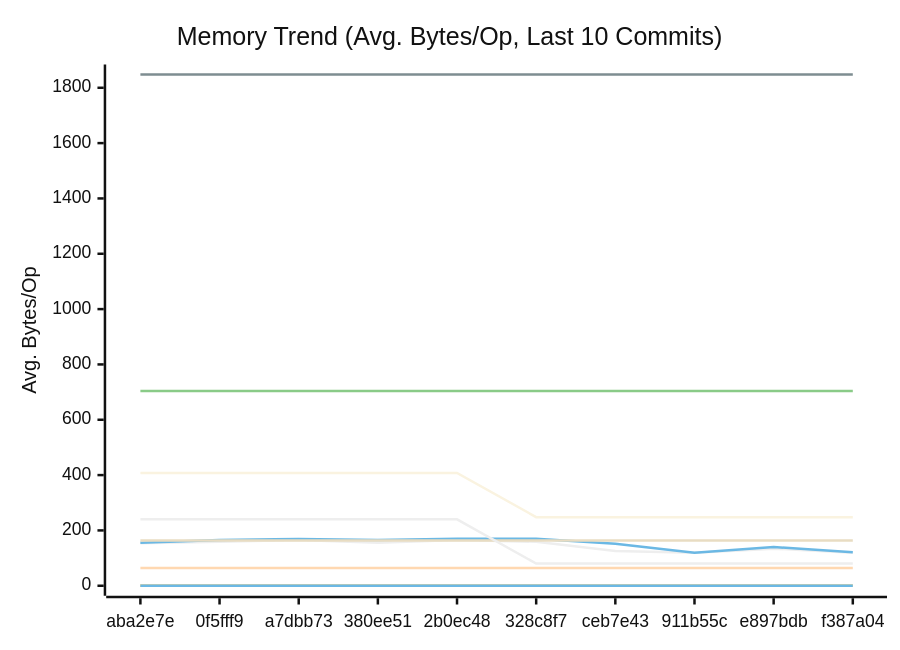
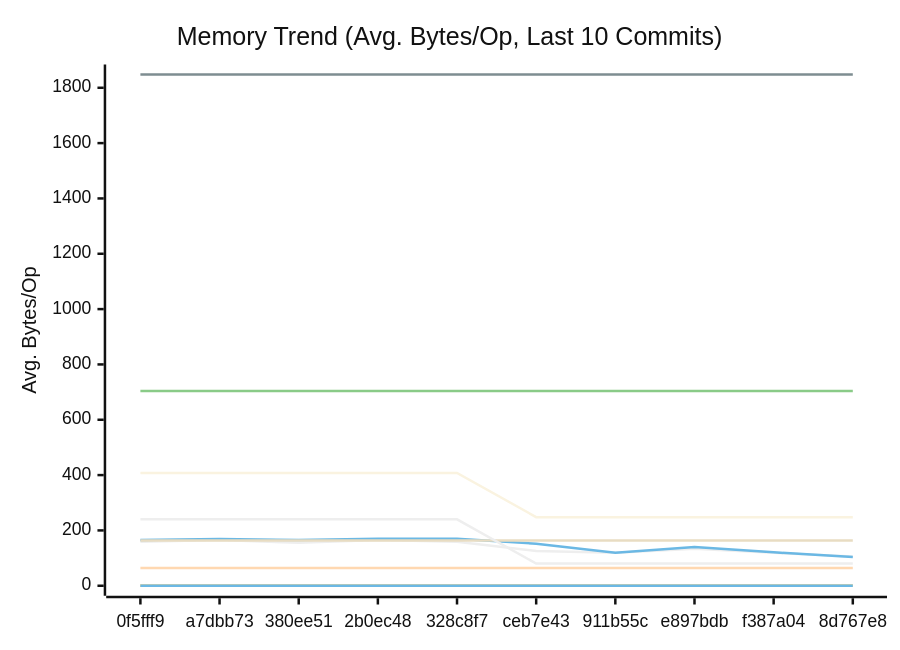
One commit to alsotoes/momo changed the second of 3 diagrams in docs/PERFORMANCE.md. Above: the diagram before and after it, drawn with Mermaid (neutral theme). The commit also changed other lines of this file and 2 other files, not shown here.

````diff
--- a/docs/PERFORMANCE.md
+++ b/docs/PERFORMANCE.md
@@ -171,20 +171,20 @@
 ```mermaid
 xychart-beta
     title "Memory Trend (Avg. Bytes/Op, Last 10 Commits)"
     x-axis "Commit"
     y-axis "Avg. Bytes/Op"
-    x-axis [aba2e7e,0f5fff9,a7dbb73,380ee51,2b0ec48,328c8f7,ceb7e43,911b55c,e897bdb,f387a04]
-    line "AWSChunkedReaderSigned" [154,159,165,155,165,159,126,119,134,119]
-    line "AWSChunkedReaderUnsigned" [155,165,169,165,170,170,152,119,140,121]
+    x-axis [0f5fff9,a7dbb73,380ee51,2b0ec48,328c8f7,ceb7e43,911b55c,e897bdb,f387a04,8d767e8]
+    line "AWSChunkedReaderSigned" [159,165,155,165,159,126,119,134,119,106]
+    line "AWSChunkedReaderUnsigned" [165,169,165,170,170,152,119,140,121,104]
     line "CheckMetricsAndSwap" [0,0,0,0,0,0,0,0,0,0]
     line "CrushOptimized" [0,0,0,0,0,0,0,0,0,0]
     line "CrushOriginal" [164,164,164,164,164,164,164,164,164,164]
     line "IndexDirectTracking" [0,0,0,0,0,0,0,0,0,0]
     line "IndexSearch" [0,0,0,0,0,0,0,0,0,0]
     line "LoadGlobalConfig" [1848,1848,1848,1848,1848,1848,1848,1848,1848,1848]
     line "PadString" [64,64,64,64,64,64,64,64,64,64]
     line "ParseReplicationOrder_NoPrealloc" [408,408,408,408,408,248,248,248,248,248]
     line "ParseReplicationOrder_Prealloc" [240,240,240,240,240,80,80,80,80,80]
     line "SanitizeLog/Safe" [0,0,0,0,0,0,0,0,0,0]
     line "SanitizeLog/Unsafe" [704,704,704,704,704,704,704,704,704,704]
 ```
````
